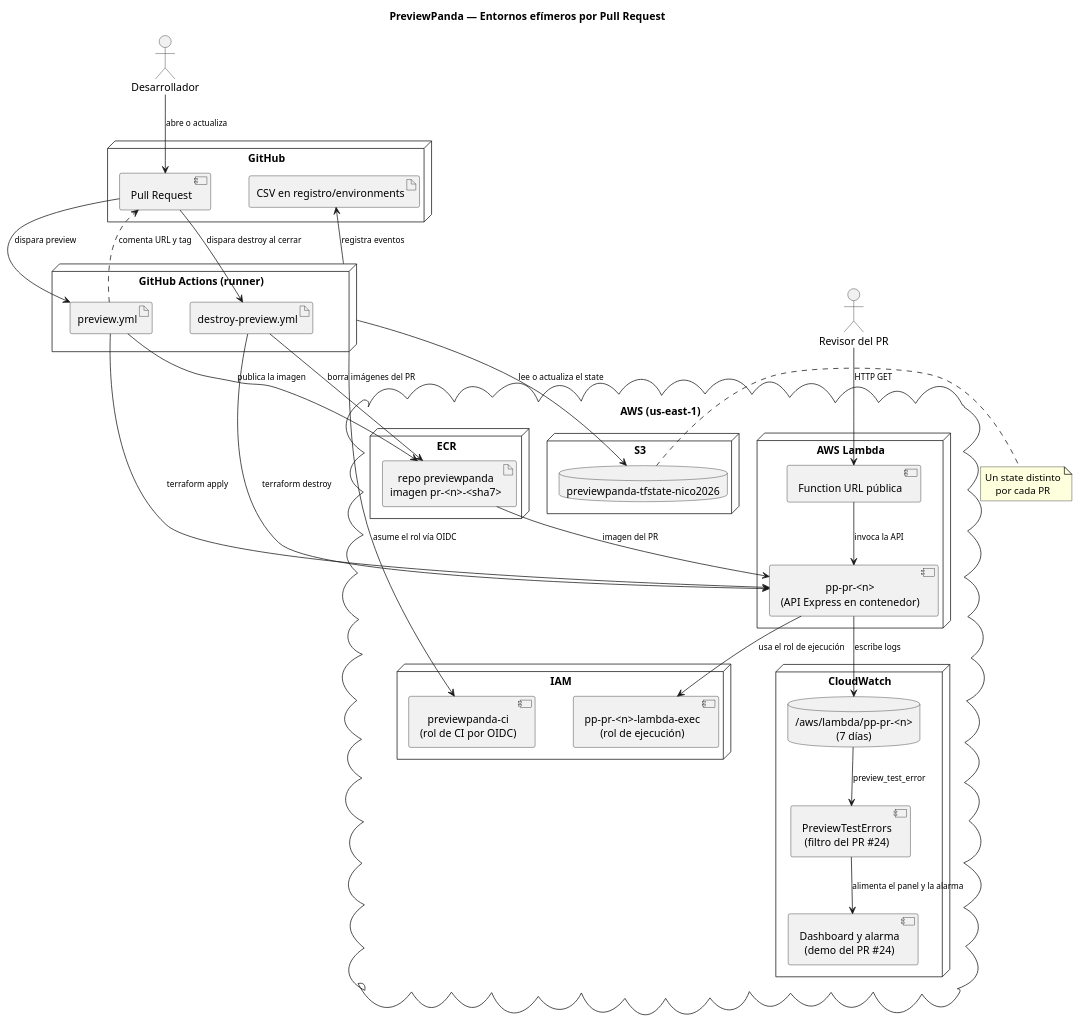
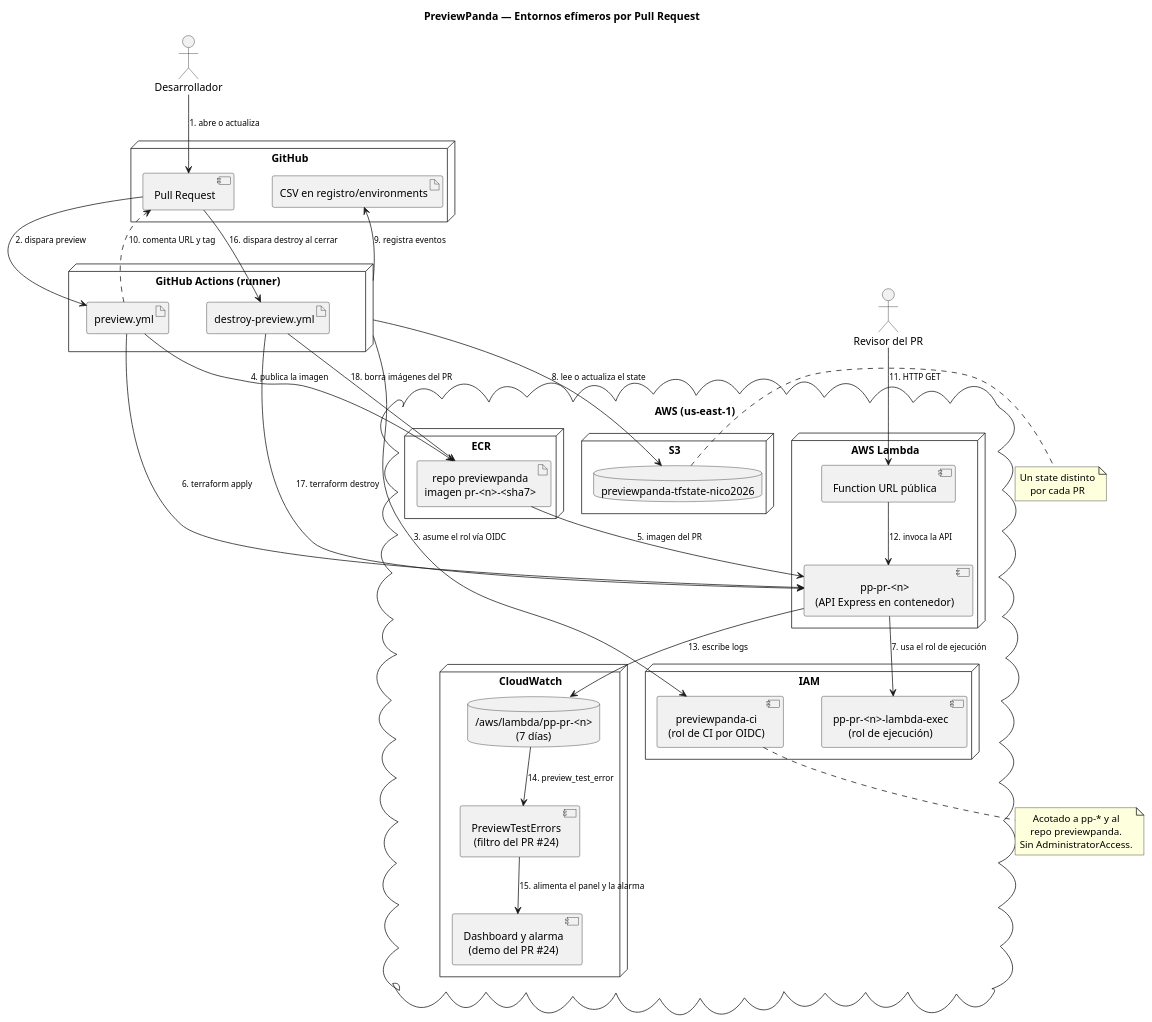
Before and after one commit to NicooGon/previewpanda: the diagram in docs/diagrams/diagrama-despliegue.puml, drawn with PlantUML. The commit also changed 8 other files, not shown here.

First line of the commit message:
docs: numerar y completar diagrama de despliegue; agregar imagenes de diagramas por workflow; redactar informe con prosa del equipo

```diff
--- a/docs/diagrams/diagrama-despliegue.puml
+++ b/docs/diagrams/diagrama-despliegue.puml
@@ -1,75 +1,82 @@
 @startuml diagrama1
 
 title PreviewPanda — Entornos efímeros por Pull Request
 
 skinparam nodesep 50
 skinparam ranksep 60
 skinparam ArrowFontSize 11
 skinparam defaultTextAlignment center
 
 actor "Desarrollador" as dev
 actor "Revisor del PR" as user
 
 node "GitHub" {
   component "Pull Request" as pr
   artifact "CSV en registro/environments" as registro
 }
 
 node "GitHub Actions (runner)" as gha {
   artifact "preview.yml" as wf_preview
   artifact "destroy-preview.yml" as wf_destroy
 }
 
 cloud "AWS (us-east-1)" as aws {
 
   node "IAM" {
     component "previewpanda-ci\n(rol de CI por OIDC)" as role_ci
     component "pp-pr-<n>-lambda-exec\n(rol de ejecución)" as role_lambda
   }
 
   node "ECR" {
     artifact "repo previewpanda\nimagen pr-<n>-<sha7>" as image
   }
 
   node "S3" {
     database "previewpanda-tfstate-nico2026" as s3state
   }
 
   node "AWS Lambda" {
     component "pp-pr-<n>\n(API Express en contenedor)" as lambda
     component "Function URL pública" as url
   }
 
   node "CloudWatch" {
     database "/aws/lambda/pp-pr-<n>\n(7 días)" as logs
     component "PreviewTestErrors\n(filtro del PR #24)" as metric
     component "Dashboard y alarma\n(demo del PR #24)" as alarm
   }
 }
 
-dev --> pr : abre o actualiza
-pr --> wf_preview : dispara preview
-pr --> wf_destroy : dispara destroy al cerrar
-gha --> role_ci : asume el rol vía OIDC
-wf_preview --> image : publica la imagen
-wf_preview --> lambda : terraform apply
-wf_preview ..> pr : comenta URL y tag
-gha --> registro : registra eventos
-gha --> s3state : lee o actualiza el state
-wf_destroy --> lambda : terraform destroy
-wf_destroy --> image : borra imágenes del PR
+dev --> pr : 1. abre o actualiza
+pr --> wf_preview : 2. dispara preview
+gha --> role_ci : 3. asume el rol vía OIDC
+wf_preview --> image : 4. publica la imagen
+image --> lambda : 5. imagen del PR
+wf_preview --> lambda : 6. terraform apply
+lambda --> role_lambda : 7. usa el rol de ejecución
+gha --> s3state : 8. lee o actualiza el state
+gha --> registro : 9. registra eventos
+wf_preview ..> pr : 10. comenta URL y tag
 
-image --> lambda : imagen del PR
-lambda --> role_lambda : usa el rol de ejecución
-user --> url : HTTP GET
-url --> lambda : invoca la API
-lambda --> logs : escribe logs
-logs --> metric : preview_test_error
-metric --> alarm : alimenta el panel y la alarma
+user --> url : 11. HTTP GET
+url --> lambda : 12. invoca la API
+lambda --> logs : 13. escribe logs
+logs --> metric : 14. preview_test_error
+metric --> alarm : 15. alimenta el panel y la alarma
+
+pr --> wf_destroy : 16. dispara destroy al cerrar
+wf_destroy --> lambda : 17. terraform destroy
+wf_destroy --> image : 18. borra imágenes del PR
 
 note right of s3state
   Un state distinto
   por cada PR
 end note
 
+note bottom of role_ci
+  Acotado a pp-* y al
+  repo previewpanda.
+  Sin AdministratorAccess.
+end note
+
 @enduml
```
